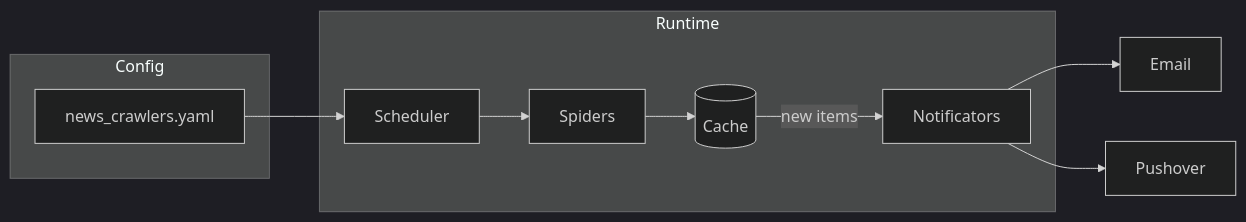
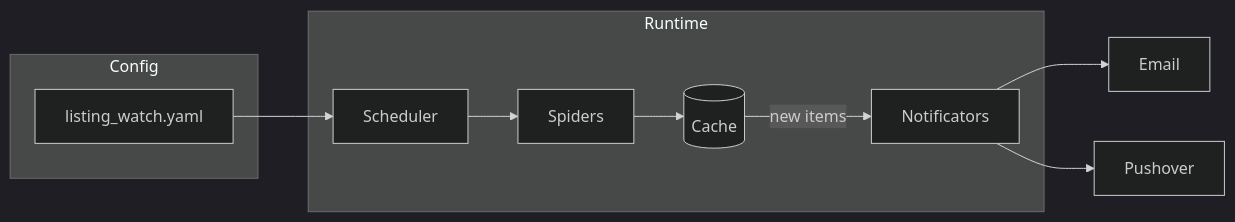
The diagram in README.md (jprevc/listing-watch), drawn with Mermaid (dark theme) before and after one commit. The commit also changed other lines of this file and 26 other files, not shown here.

Commit message:
Rename to listing-watch

````diff
--- a/README.md
+++ b/README.md
@@ -24,18 +24,18 @@
 ```mermaid
 flowchart LR
     subgraph Config
-        YAML[news_crawlers.yaml]
+        YAML[listing_watch.yaml]
     end
     subgraph Runtime
         Scheduler[Scheduler]
         Spiders[Spiders]
         Cache[(Cache)]
         Notify[Notificators]
     end
     YAML --> Scheduler
     Scheduler --> Spiders
     Spiders --> Cache
     Cache -->|new items| Notify
     Notify --> Email[Email]
     Notify --> Pushover[Pushover]
 ```
````
